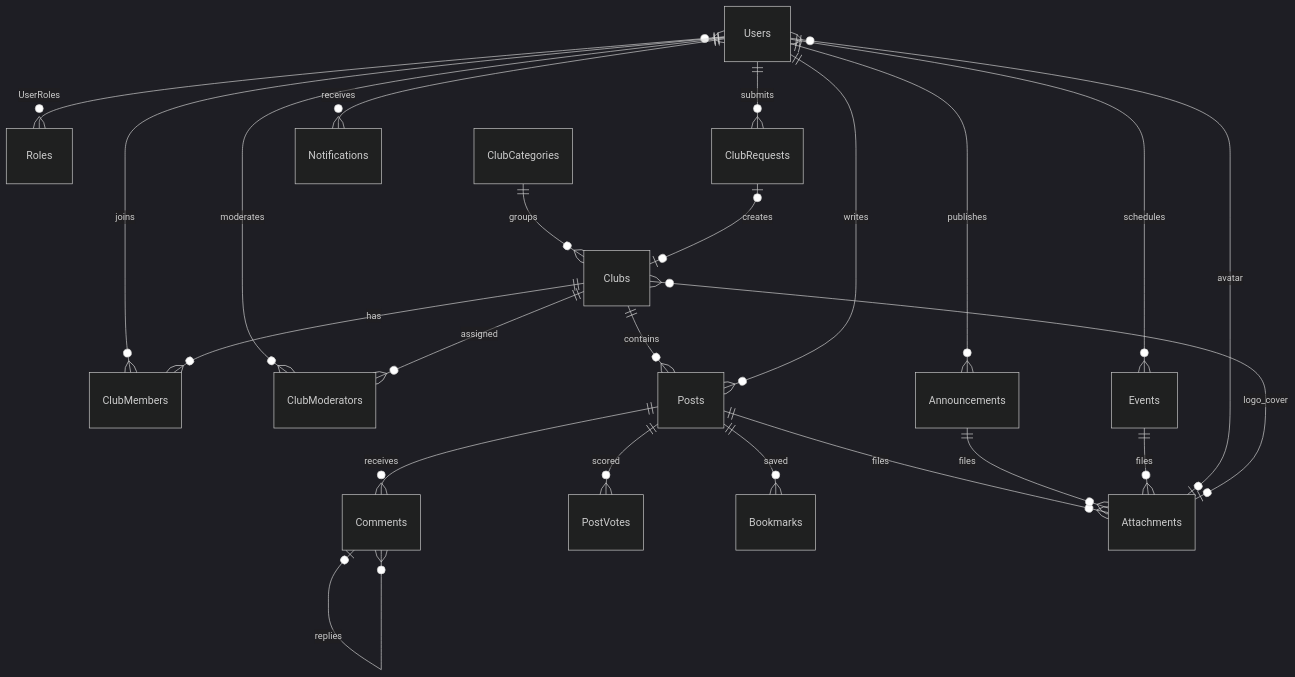
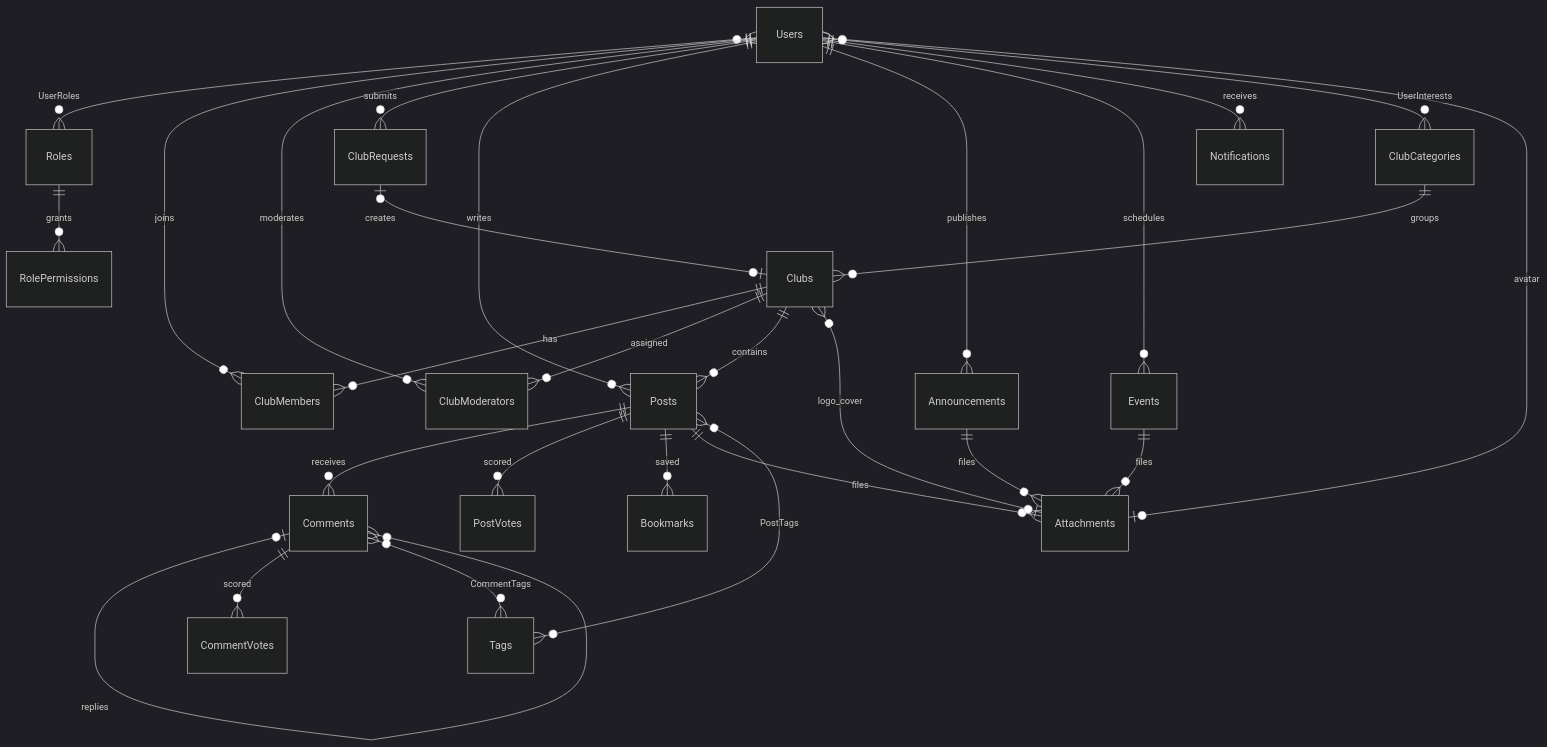
The diagram in docs/DATABASE.md (AbdurRehmanQayyum/Webathon-project), drawn with Mermaid (dark theme) before and after one commit. The commit also changed other lines of this file and 232 other files, not shown here.

````diff
--- a/docs/DATABASE.md
+++ b/docs/DATABASE.md
@@ -27,25 +31,30 @@
 ```mermaid
 erDiagram
   Users }o--o{ Roles : UserRoles
   Users ||--o{ ClubMembers : joins
   Clubs ||--o{ ClubMembers : has
   Users ||--o{ ClubModerators : moderates
   Clubs ||--o{ ClubModerators : assigned
   ClubCategories ||--o{ Clubs : groups
   Users ||--o{ ClubRequests : submits
   ClubRequests |o--o| Clubs : creates
   Clubs ||--o{ Posts : contains
   Users ||--o{ Posts : writes
   Posts ||--o{ Comments : receives
   Comments |o--o{ Comments : replies
   Posts ||--o{ PostVotes : scored
   Posts ||--o{ Bookmarks : saved
   Users ||--o{ Announcements : publishes
   Users ||--o{ Events : schedules
   Posts ||--o{ Attachments : files
   Announcements ||--o{ Attachments : files
   Events ||--o{ Attachments : files
   Attachments |o--o{ Users : avatar
   Attachments |o--o{ Clubs : logo_cover
   Users ||--o{ Notifications : receives
+  Comments ||--o{ CommentVotes : scored
+  Posts }o--o{ Tags : PostTags
+  Comments }o--o{ Tags : CommentTags
+  Users }o--o{ ClubCategories : UserInterests
+  Roles ||--o{ RolePermissions : grants
 ```
````
